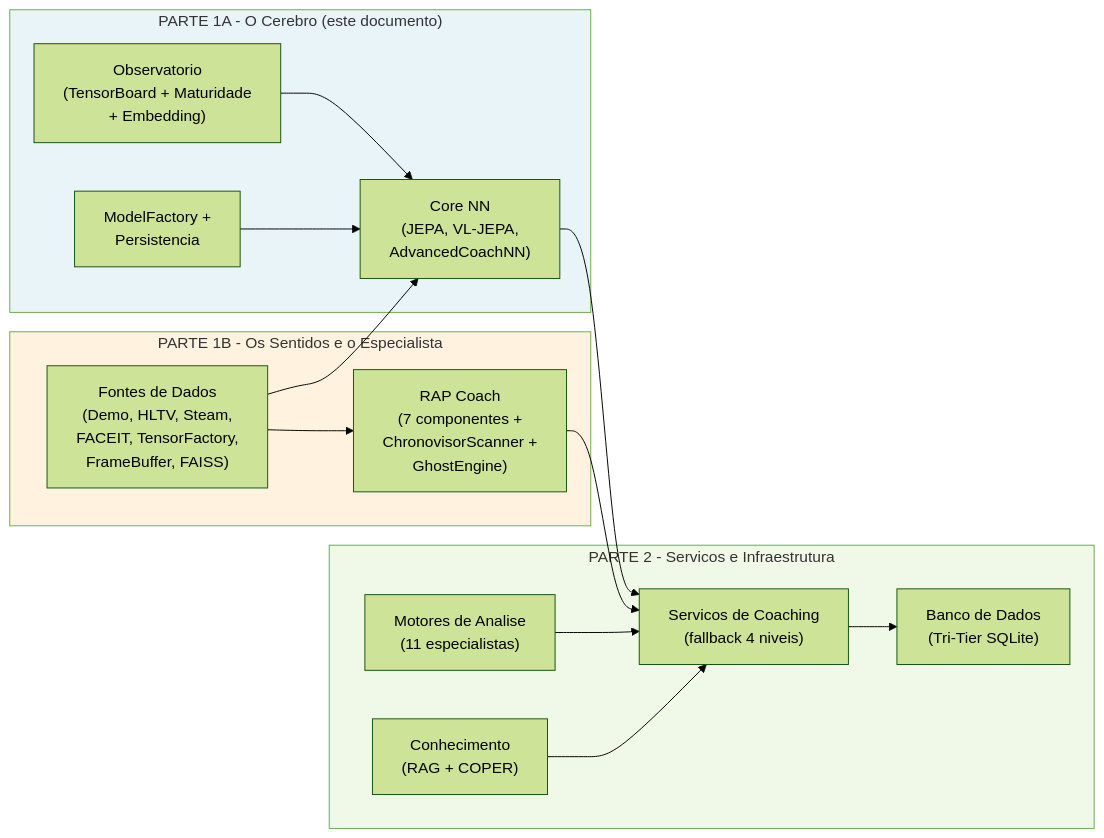
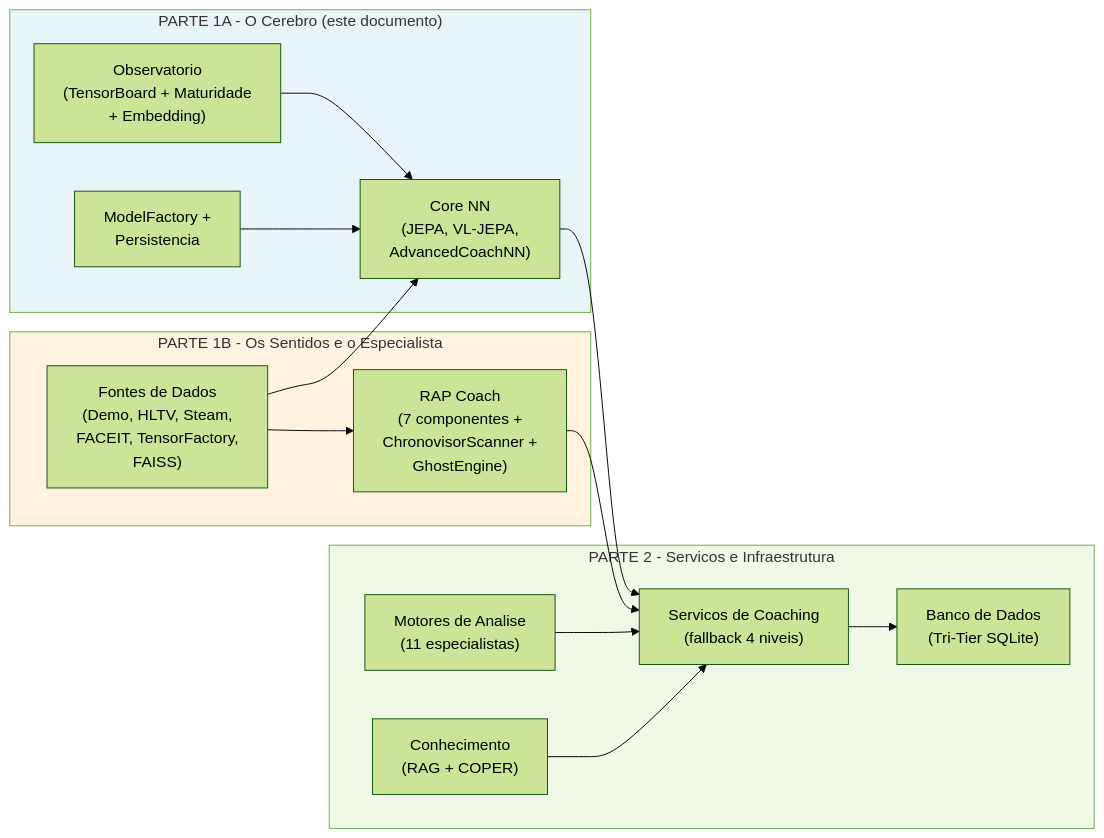
Before and after one commit to renanaugustomacena-ux/Counter-Strike-coach-AI: diagram 22 of 22 in docs/books/Book-Coach-1A-pt.md, drawn with Mermaid (forest theme). The commit also changed other lines of this file and 36 other files, not shown here.

````diff
--- a/docs/books/Book-Coach-1A-pt.md
+++ b/docs/books/Book-Coach-1A-pt.md
@@ -1258,32 +1273,32 @@
 ```mermaid
 flowchart LR
     subgraph PARTE1A["PARTE 1A - O Cerebro (este documento)"]
         NN["Core NN<br/>(JEPA, VL-JEPA,<br/>AdvancedCoachNN)"]
         OBS["Observatorio<br/>(TensorBoard + Maturidade<br/>+ Embedding)"]
         FACTORY["ModelFactory +<br/>Persistencia"]
     end
     subgraph PARTE1B["PARTE 1B - Os Sentidos e o Especialista"]
         RAP["RAP Coach<br/>(7 componentes +<br/>ChronovisorScanner +<br/>GhostEngine)"]
-        DS["Fontes de Dados<br/>(Demo, HLTV, Steam,<br/>FACEIT, TensorFactory,<br/>FrameBuffer, FAISS)"]
+        DS["Fontes de Dados<br/>(Demo, HLTV, Steam,<br/>FACEIT, TensorFactory,<br/>FAISS)"]
     end
     subgraph PARTE2["PARTE 2 - Servicos e Infraestrutura"]
         SVC["Servicos de Coaching<br/>(fallback 4 niveis)"]
         ANL["Motores de Analise<br/>(11 especialistas)"]
         KB["Conhecimento<br/>(RAG + COPER)"]
         DB["Banco de Dados<br/>(Tri-Tier SQLite)"]
     end
 
     DS --> NN
     DS --> RAP
     NN --> SVC
     RAP --> SVC
     OBS --> NN
     FACTORY --> NN
     ANL --> SVC
     KB --> SVC
     SVC --> DB
 
     style PARTE1A fill:#e8f4f8
     style PARTE1B fill:#fff3e0
     style PARTE2 fill:#f0f8e8
 ```
````
